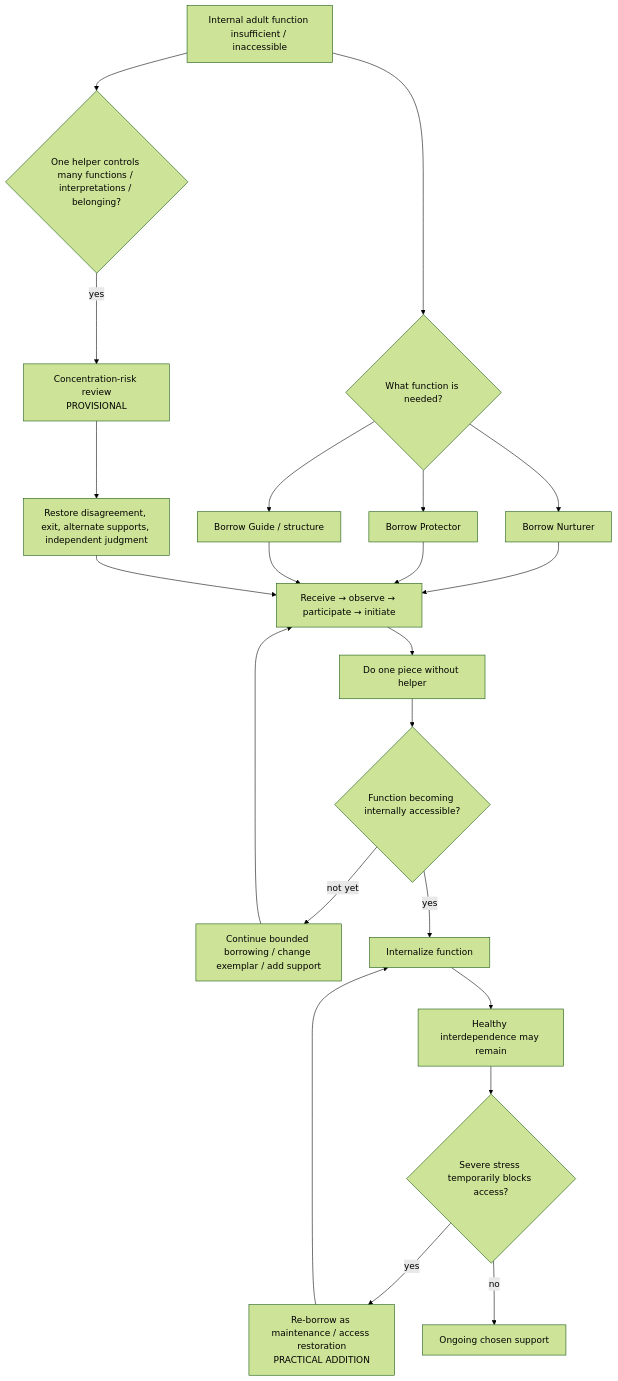
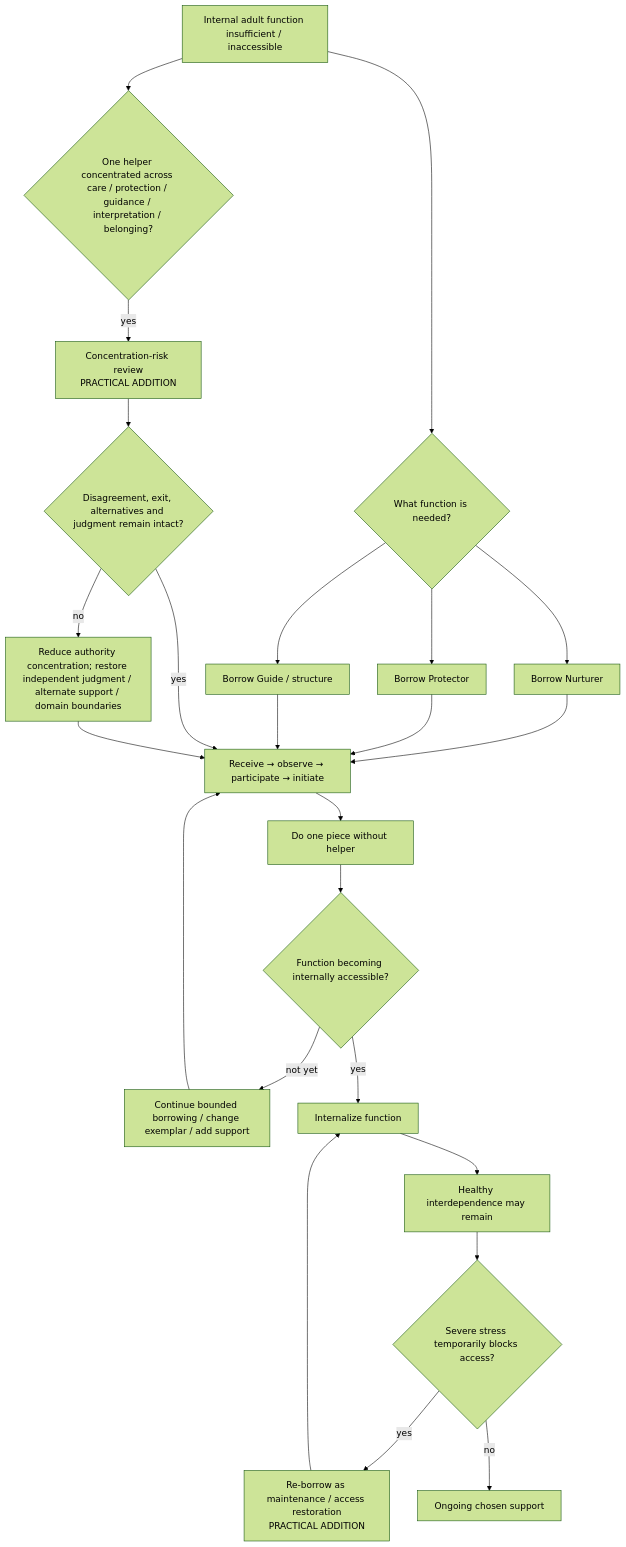
One commit to u-dont-existDOTcom/creativeTailSampling changed the diagram in analysis/inner_child_protocol/maps/07-EXTERNAL-SUPPORT-ARCHITECTURE.md. Above: the diagram before and after it, drawn with Mermaid (forest theme). The commit also changed other lines of this file, not shown here.

Commit message:
Adjudicate external-helper concentration risk

````diff
--- a/analysis/inner_child_protocol/maps/07-EXTERNAL-SUPPORT-ARCHITECTURE.md
+++ b/analysis/inner_child_protocol/maps/07-EXTERNAL-SUPPORT-ARCHITECTURE.md
@@ -5,24 +5,26 @@
 ```mermaid
 flowchart TD
     A["Internal adult function insufficient / inaccessible"] --> B{"What function is needed?"}
     B --> C["Borrow Nurturer"]
     B --> D["Borrow Protector"]
     B --> E["Borrow Guide / structure"]
     C --> F["Receive → observe → participate → initiate"]
     D --> F
     E --> F
     F --> G["Do one piece without helper"]
     G --> H{"Function becoming internally accessible?"}
     H -- "not yet" --> I["Continue bounded borrowing / change exemplar / add support"]
     I --> F
     H -- "yes" --> J["Internalize function"]
     J --> K["Healthy interdependence may remain"]
     K --> L{"Severe stress temporarily blocks access?"}
     L -- "yes" --> M["Re-borrow as maintenance / access restoration<br/>PRACTICAL ADDITION"]
     M --> J
     L -- "no" --> N["Ongoing chosen support"]
-    A --> O{"One helper controls many functions / interpretations / belonging?"}
-    O -- "yes" --> P["Concentration-risk review<br/>PROVISIONAL"]
-    P --> Q["Restore disagreement, exit, alternate supports, independent judgment"]
-    Q --> F
+    A --> O{"One helper concentrated across care / protection / guidance / interpretation / belonging?"}
+    O -- "yes" --> P["Concentration-risk review<br/>PRACTICAL ADDITION"]
+    P --> Q{"Disagreement, exit, alternatives and judgment remain intact?"}
+    Q -- "yes" --> F
+    Q -- "no" --> R["Reduce authority concentration; restore independent judgment / alternate support / domain boundaries"]
+    R --> F
 ```
````
